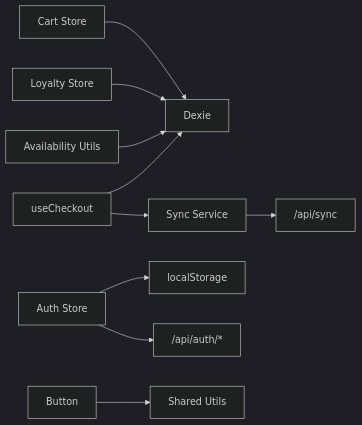
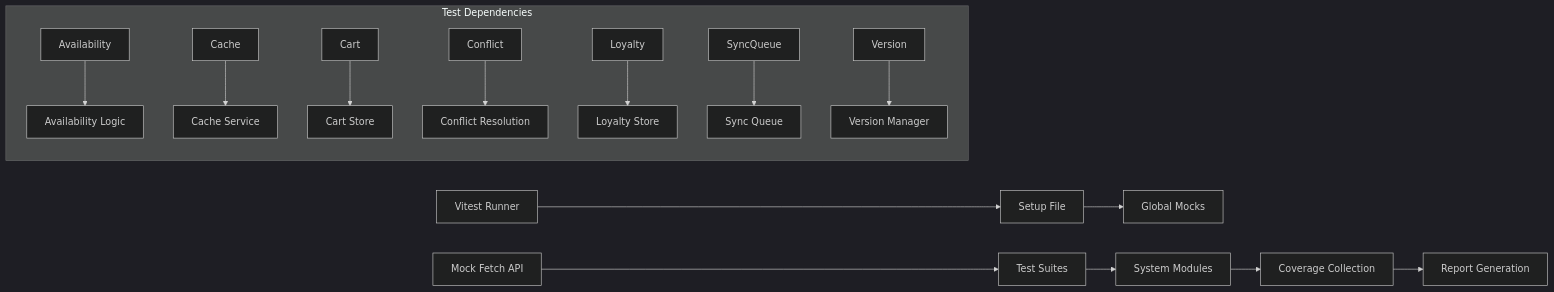
Before and after one commit to riod94/ngepos: the third of 3 diagrams in .qoder/repowiki/en/content/Development Guidelines/Testing Strategy.md, drawn with Mermaid (dark theme). The commit also changed other lines of this file and 18 other files, not shown here.

````diff
--- a/.qoder/repowiki/en/content/Development Guidelines/Testing Strategy.md
+++ b/.qoder/repowiki/en/content/Development Guidelines/Testing Strategy.md
@@ -374,12 +365,18 @@
 ```mermaid
 graph LR
-Cart["Cart Store"] --> Dexie["Dexie"]
-Auth["Auth Store"] --> Local["localStorage"]
-Auth --> API_Auth["/api/auth/*"]
-Loyalty["Loyalty Store"] --> Dexie
-Checkout["useCheckout"] --> Dexie
-Checkout --> Sync["Sync Service"]
-Sync --> API_Sync["/api/sync"]
-Availability["Availability Utils"] --> Dexie
-Button["Button"] --> Utils["Shared Utils"]
+Vitest["Vitest Runner"] --> Setup["Setup File"]
+Setup --> Mocks["Global Mocks"]
+Mock["Mock Fetch API"] --> Tests["Test Suites"]
+Tests --> Modules["System Modules"]
+Modules --> Coverage["Coverage Collection"]
+Coverage --> Reports["Report Generation"]
+subgraph "Test Dependencies"
+Availability --> AvailabilityLib["Availability Logic"]
+Cache --> CacheLib["Cache Service"]
+Cart --> CartStore["Cart Store"]
+Conflict --> ConflictLib["Conflict Resolution"]
+Loyalty --> LoyaltyStore["Loyalty Store"]
+SyncQueue --> SyncLib["Sync Queue"]
+Version --> VersionLib["Version Manager"]
+end
 ```
````
